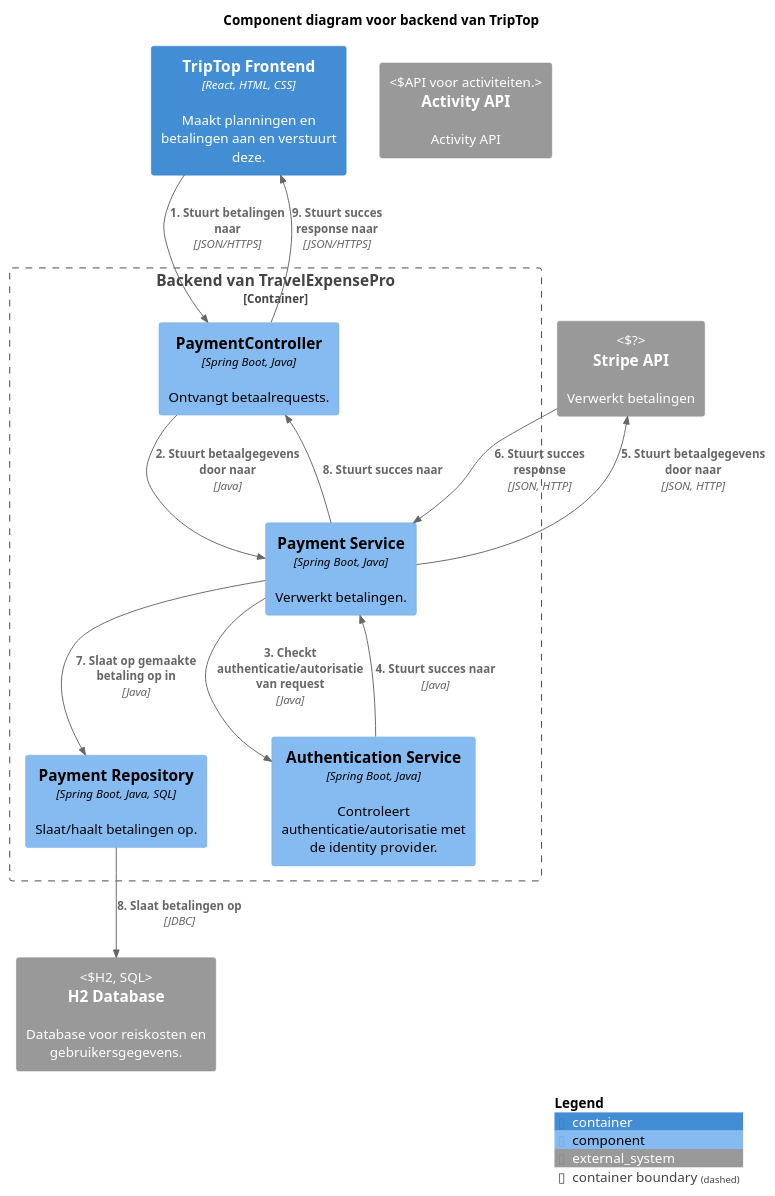
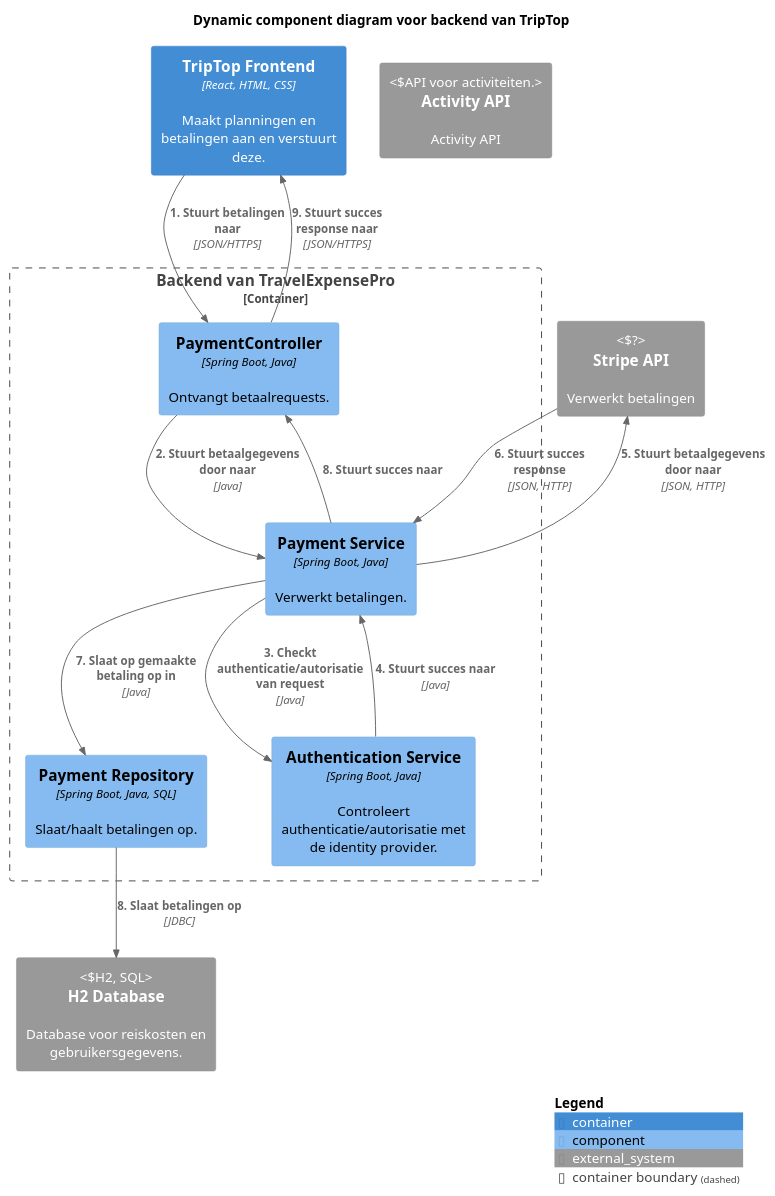
The diagram in gemaakte-werk-daniel/week-2/les-3/les/dynamic-component-diagram.puml (AIM-ENE-feb25/triptop-groep-b6), drawn with PlantUML before and after one commit. The commit also changed 1 other file, not shown here.

```diff
--- a/gemaakte-werk-daniel/week-2/les-3/les/dynamic-component-diagram.puml
+++ b/gemaakte-werk-daniel/week-2/les-3/les/dynamic-component-diagram.puml
@@ -1,36 +1,36 @@
 @startuml
 !include https://raw.githubusercontent.com/plantuml-stdlib/C4-PlantUML/master/C4_Component.puml
 ' uncomment the following line and comment the first to use locally
 ' !include C4_Component.puml
 
 LAYOUT_WITH_LEGEND()
 
-title Component diagram voor backend van TripTop
+title Dynamic component diagram voor backend van TripTop
 
 Container(frontend, "TripTop Frontend", "React, HTML, CSS", "Maakt planningen en betalingen aan en verstuurt deze.")
 
 Container_Boundary(api, "Backend van TravelExpensePro") {
     Component(paymentcontroller, "PaymentController", "Spring Boot, Java", "Ontvangt betaalrequests.")
     Component(paymentrepo, "Payment Repository", "Spring Boot, Java, SQL", "Slaat/haalt betalingen op.")
     Component(paymentsservice, "Payment Service", "Spring Boot, Java", "Verwerkt betalingen.")
     Component(authservice, "Authentication Service", "Spring Boot, Java", "Controleert authenticatie/autorisatie met de identity provider.")
 
     Rel(frontend, paymentcontroller, "1. Stuurt betalingen naar", "JSON/HTTPS")
     Rel(paymentsservice, authservice, "3. Checkt authenticatie/autorisatie van request", "Java")
     Rel(authservice, paymentsservice, "4. Stuurt succes naar", "Java")
     Rel(paymentcontroller, paymentsservice, "2. Stuurt betaalgegevens door naar", "Java")
     Rel(paymentsservice, paymentrepo, "7. Slaat op gemaakte betaling op in", "Java")
 
     Rel(paymentsservice, paymentcontroller, "8. Stuurt succes naar")
     Rel(paymentcontroller, frontend, "9. Stuurt succes response naar", "JSON/HTTPS")
 }
 System_Ext(h2, "H2 Database", "Database voor reiskosten en gebruikersgegevens.", "H2, SQL")
 System_Ext(activityapi, Activity API, "Activity API", "API voor activiteiten.", "REST")
 System_Ext(stripe, "Stripe API", "Verwerkt betalingen", "?")
 
 Rel(paymentrepo, h2, "8. Slaat betalingen op", "JDBC")
 Rel(paymentsservice, stripe, "5. Stuurt betaalgegevens door naar", "JSON, HTTP")
 Rel(stripe, paymentsservice, "6. Stuurt succes response", "JSON, HTTP")
 
 SHOW_LEGEND()
 @enduml
```
